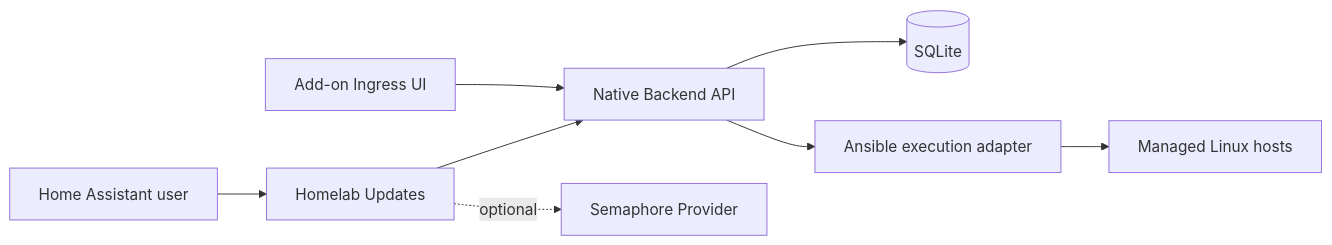
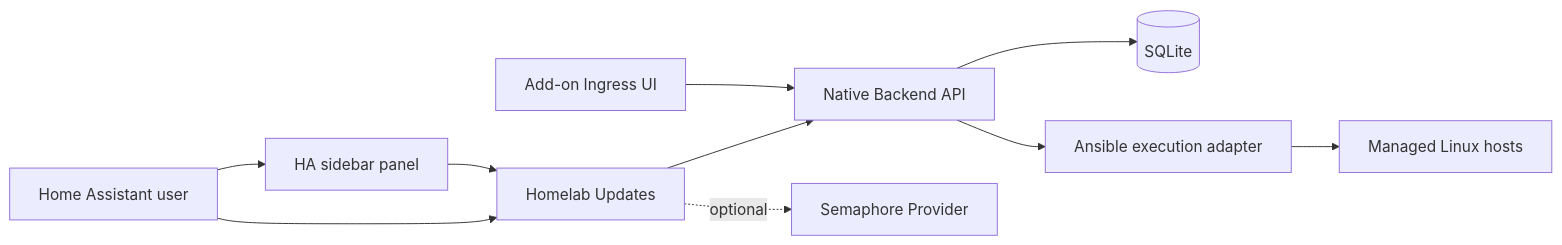
One commit to V3rfr3ss3n/Homelab-Commander changed the first of 2 diagrams in docs/02-architecture/overview.md. Above: the diagram before and after it, drawn with Mermaid. The commit also changed other lines of this file and 25 other files, not shown here.

````diff
--- a/docs/02-architecture/overview.md
+++ b/docs/02-architecture/overview.md
@@ -12,10 +12,12 @@
 ```mermaid
 flowchart LR
     U[Home Assistant user] --> HA[Homelab Updates]
+    U --> HP[HA sidebar panel]
+    HP --> HA
     HA --> NB[Native Backend API]
     HA -. optional .-> SE[Semaphore Provider]
     UI[Add-on Ingress UI] --> NB
     NB --> DB[(SQLite)]
     NB --> AN[Ansible execution adapter]
     AN --> H[Managed Linux hosts]
 ```
````
